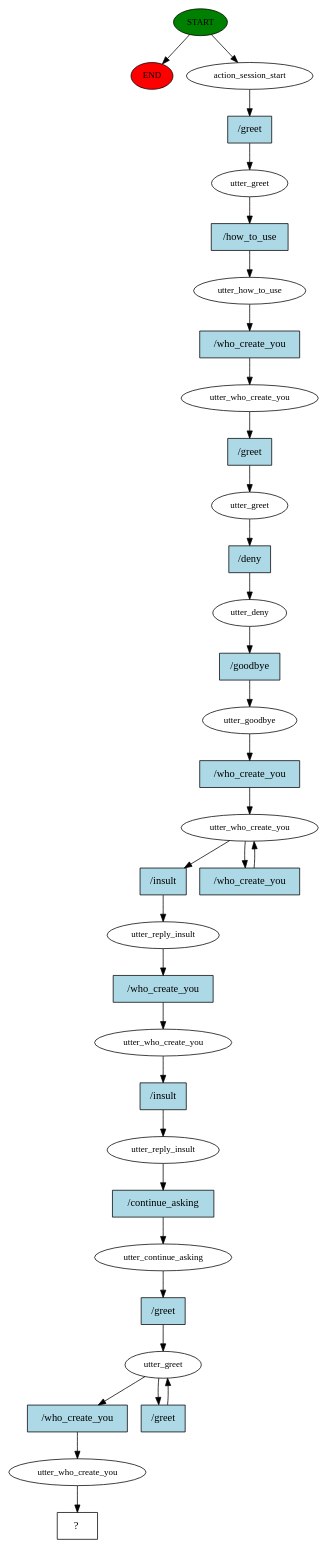
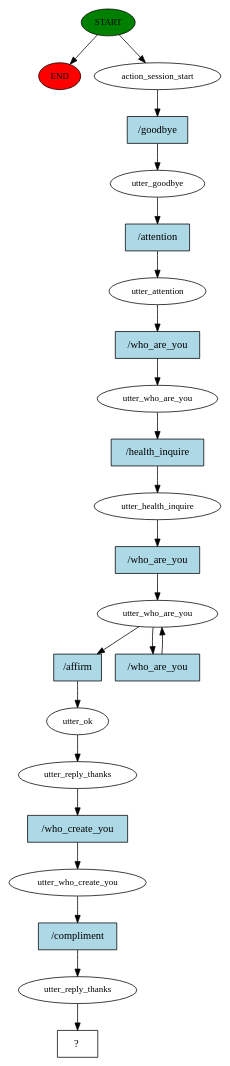
Before and after one commit to Syun1208/smart-menu-application: the diagram in story_graph.dot, drawn with Graphviz. The commit also changed 61 other files, not shown here.

```diff
--- a/story_graph.dot
+++ b/story_graph.dot
@@ -1,67 +1,46 @@
 digraph  {
 0 [class="start active", fillcolor=green, fontsize=12, label=START, style=filled];
 "-1" [class=end, fillcolor=red, fontsize=12, label=END, style=filled];
 1 [class=active, fontsize=12, label=action_session_start];
-2 [class=active, fontsize=12, label=utter_greet];
-3 [class=active, fontsize=12, label=utter_how_to_use];
-4 [class=active, fontsize=12, label=utter_who_create_you];
-5 [class=active, fontsize=12, label=utter_greet];
-6 [class=active, fontsize=12, label=utter_deny];
-7 [class=active, fontsize=12, label=utter_goodbye];
-8 [class=active, fontsize=12, label=utter_who_create_you];
-10 [class=active, fontsize=12, label=utter_reply_insult];
-11 [class=active, fontsize=12, label=utter_who_create_you];
-12 [class=active, fontsize=12, label=utter_reply_insult];
-13 [class=active, fontsize=12, label=utter_continue_asking];
-14 [class=active, fontsize=12, label=utter_greet];
-16 [class=active, fontsize=12, label=utter_who_create_you];
-17 [class="intent dashed active", label="  ?  ", shape=rect];
-18 [class="intent active", fillcolor=lightblue, label="/greet", shape=rect, style=filled];
-19 [class="intent active", fillcolor=lightblue, label="/how_to_use", shape=rect, style=filled];
+2 [class=active, fontsize=12, label=utter_goodbye];
+3 [class=active, fontsize=12, label=utter_attention];
+4 [class=active, fontsize=12, label=utter_who_are_you];
+5 [class=active, fontsize=12, label=utter_health_inquire];
+6 [class=active, fontsize=12, label=utter_who_are_you];
+8 [class=active, fontsize=12, label=utter_ok];
+9 [class=active, fontsize=12, label=utter_reply_thanks];
+10 [class=active, fontsize=12, label=utter_who_create_you];
+11 [class=active, fontsize=12, label=utter_reply_thanks];
+12 [class="intent dashed active", label="  ?  ", shape=rect];
+13 [class="intent active", fillcolor=lightblue, label="/goodbye", shape=rect, style=filled];
+14 [class="intent active", fillcolor=lightblue, label="/attention", shape=rect, style=filled];
+15 [class="intent active", fillcolor=lightblue, label="/who_are_you", shape=rect, style=filled];
+16 [class="intent active", fillcolor=lightblue, label="/health_inquire", shape=rect, style=filled];
+17 [class="intent active", fillcolor=lightblue, label="/who_are_you", shape=rect, style=filled];
+18 [class="intent active", fillcolor=lightblue, label="/affirm", shape=rect, style=filled];
+19 [class="intent active", fillcolor=lightblue, label="/who_are_you", shape=rect, style=filled];
 20 [class="intent active", fillcolor=lightblue, label="/who_create_you", shape=rect, style=filled];
-21 [class="intent active", fillcolor=lightblue, label="/greet", shape=rect, style=filled];
-22 [class="intent active", fillcolor=lightblue, label="/deny", shape=rect, style=filled];
-23 [class="intent active", fillcolor=lightblue, label="/goodbye", shape=rect, style=filled];
-24 [class="intent active", fillcolor=lightblue, label="/who_create_you", shape=rect, style=filled];
-25 [class="intent active", fillcolor=lightblue, label="/insult", shape=rect, style=filled];
-26 [class="intent active", fillcolor=lightblue, label="/who_create_you", shape=rect, style=filled];
-27 [class="intent active", fillcolor=lightblue, label="/who_create_you", shape=rect, style=filled];
-28 [class="intent active", fillcolor=lightblue, label="/insult", shape=rect, style=filled];
-29 [class="intent active", fillcolor=lightblue, label="/continue_asking", shape=rect, style=filled];
-30 [class="intent active", fillcolor=lightblue, label="/greet", shape=rect, style=filled];
-31 [class="intent active", fillcolor=lightblue, label="/who_create_you", shape=rect, style=filled];
-32 [class="intent active", fillcolor=lightblue, label="/greet", shape=rect, style=filled];
+21 [class="intent active", fillcolor=lightblue, label="/compliment", shape=rect, style=filled];
 0 -> "-1"  [class="", key=NONE, label=""];
 0 -> 1  [class=active, key=NONE, label=""];
-1 -> 18  [class=active, key=0];
-2 -> 19  [class=active, key=0];
-3 -> 20  [class=active, key=0];
-4 -> 21  [class=active, key=0];
-5 -> 22  [class=active, key=0];
-6 -> 23  [class=active, key=0];
-7 -> 24  [class=active, key=0];
-8 -> 25  [class=active, key=0];
-8 -> 26  [class=active, key=0];
-10 -> 27  [class=active, key=0];
-11 -> 28  [class=active, key=0];
-12 -> 29  [class=active, key=0];
-13 -> 30  [class=active, key=0];
-14 -> 31  [class=active, key=0];
-14 -> 32  [class=active, key=0];
-16 -> 17  [class=active, key=NONE, label=""];
-18 -> 2  [class=active, key=0];
-19 -> 3  [class=active, key=0];
-20 -> 4  [class=active, key=0];
-21 -> 5  [class=active, key=0];
-22 -> 6  [class=active, key=0];
-23 -> 7  [class=active, key=0];
-24 -> 8  [class=active, key=0];
-25 -> 10  [class=active, key=0];
-26 -> 8  [class=active, key=0];
-27 -> 11  [class=active, key=0];
-28 -> 12  [class=active, key=0];
-29 -> 13  [class=active, key=0];
-30 -> 14  [class=active, key=0];
-31 -> 16  [class=active, key=0];
-32 -> 14  [class=active, key=0];
+1 -> 13  [class=active, key=0];
+2 -> 14  [class=active, key=0];
+3 -> 15  [class=active, key=0];
+4 -> 16  [class=active, key=0];
+5 -> 17  [class=active, key=0];
+6 -> 18  [class=active, key=0];
+6 -> 19  [class=active, key=0];
+8 -> 9  [class=active, key=NONE, label=""];
+9 -> 20  [class=active, key=0];
+10 -> 21  [class=active, key=0];
+11 -> 12  [class=active, key=NONE, label=""];
+13 -> 2  [class=active, key=0];
+14 -> 3  [class=active, key=0];
+15 -> 4  [class=active, key=0];
+16 -> 5  [class=active, key=0];
+17 -> 6  [class=active, key=0];
+18 -> 8  [class=active, key=0];
+19 -> 6  [class=active, key=0];
+20 -> 10  [class=active, key=0];
+21 -> 11  [class=active, key=0];
 }
```
